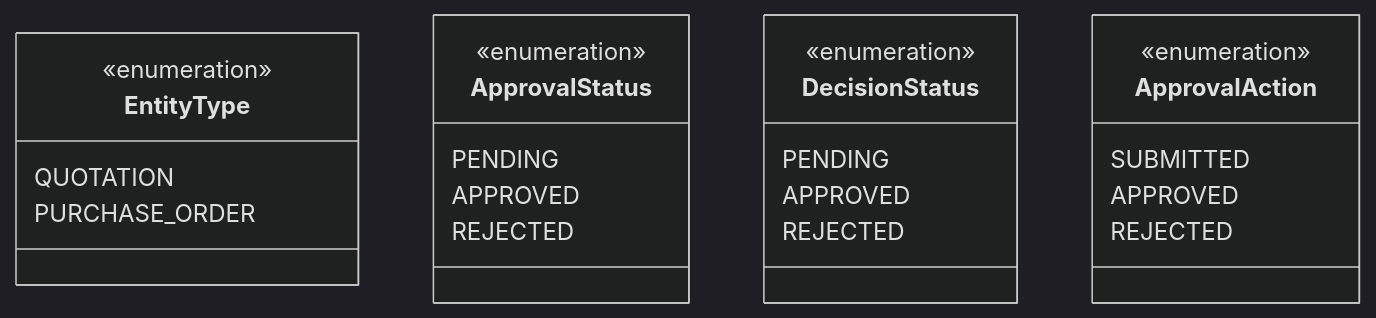
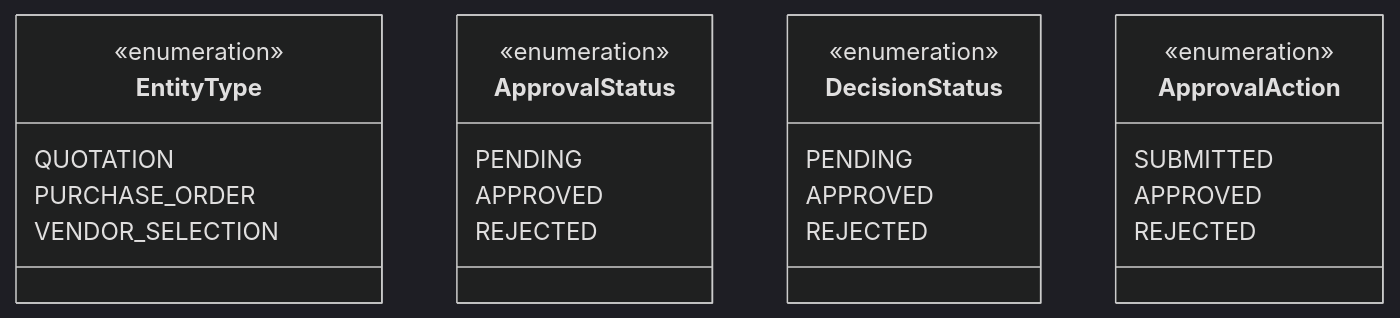
One commit to donghwunline/wellkorea-erp changed the second of 5 diagrams in docs/architecture/domain/approval-domain-model.md. Above: the diagram before and after it, drawn with Mermaid (dark theme). The commit also changed other lines of this file, not shown here.

````diff
--- a/docs/architecture/domain/approval-domain-model.md
+++ b/docs/architecture/domain/approval-domain-model.md
@@ -112,29 +112,30 @@
 ```mermaid
 classDiagram
     class EntityType {
         <<enumeration>>
         QUOTATION
         PURCHASE_ORDER
+        VENDOR_SELECTION
     }
 
     class ApprovalStatus {
         <<enumeration>>
         PENDING
         APPROVED
         REJECTED
     }
 
     class DecisionStatus {
         <<enumeration>>
         PENDING
         APPROVED
         REJECTED
     }
 
     class ApprovalAction {
         <<enumeration>>
         SUBMITTED
         APPROVED
         REJECTED
     }
 ```
````
